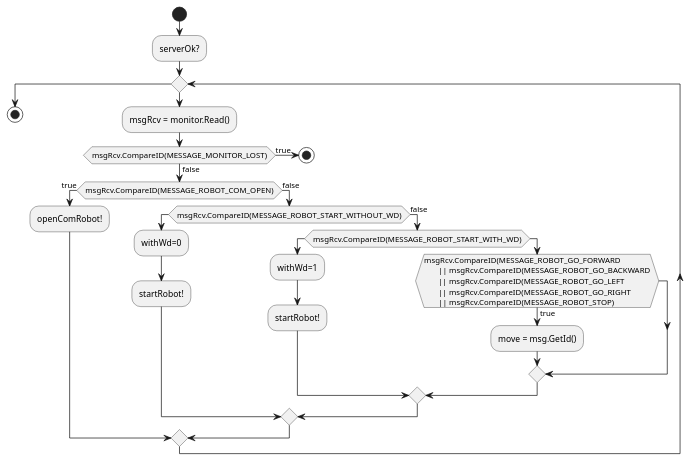
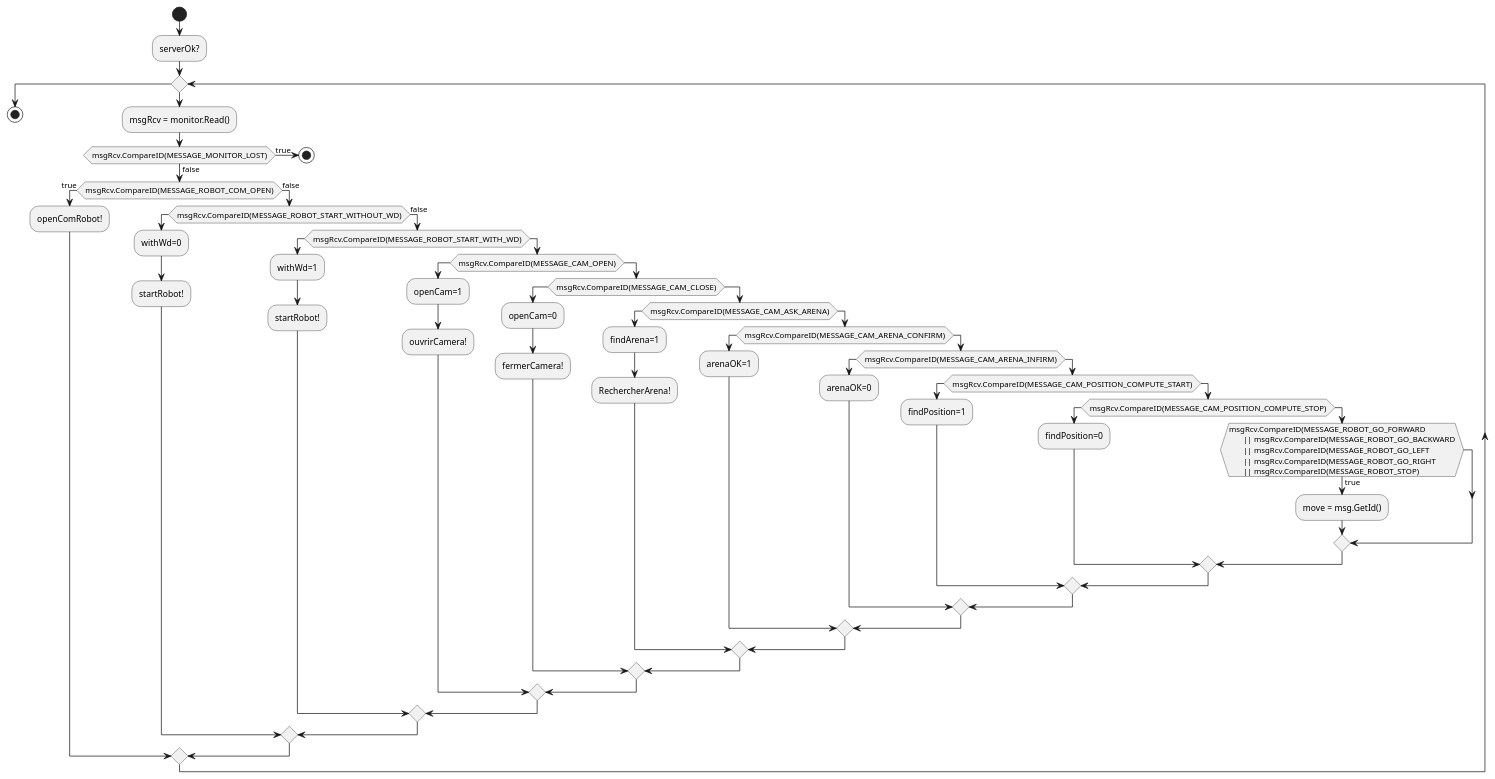
Before and after one commit to dotsumae/TP-temps-reel: the diagram in modele/diagrammes d'activite/3 : th_receiveFromMon.plantuml, drawn with PlantUML.

Commit message:
Update 3 : th_receiveFromMon.plantuml

```diff
--- a/modele/diagrammes d'activite/3 : th_receiveFromMon.plantuml
+++ b/modele/diagrammes d'activite/3 : th_receiveFromMon.plantuml
@@ -1,34 +1,66 @@
 @startuml
 skinparam monochrome true
 start
 :serverOk?;
 while()
   :msgRcv = monitor.Read();
   if (msgRcv.CompareID(MESSAGE_MONITOR_LOST)) then (true)
    stop
   else (false)
    if (msgRcv.CompareID(MESSAGE_ROBOT_COM_OPEN)) then (true)
     :openComRobot!;
    else (false)
     if (msgRcv.CompareID(MESSAGE_ROBOT_START_WITHOUT_WD))
      :withWd=0; 
      :startRobot!;
     else (false)
      if (msgRcv.CompareID(MESSAGE_ROBOT_START_WITH_WD))
       :withWd=1;
       :startRobot!;
      else
+      if (msgRcv.CompareID(MESSAGE_CAM_OPEN))
+      :openCam=1;
+      :ouvrirCamera!;
+      else 
+       if (msgRcv.CompareID(MESSAGE_CAM_CLOSE))
+        :openCam=0;
+        :fermerCamera!;
+       else 
+        if (msgRcv.CompareID(MESSAGE_CAM_ASK_ARENA))
+         :findArena=1;
+         :RechercherArena!;
+        else 
+         if (msgRcv.CompareID(MESSAGE_CAM_ARENA_CONFIRM))
+          :arenaOK=1;
+         else 
+          if (msgRcv.CompareID(MESSAGE_CAM_ARENA_INFIRM))
+           :arenaOK=0;
+          else
+           if (msgRcv.CompareID(MESSAGE_CAM_POSITION_COMPUTE_START))
+            :findPosition=1; 
+           else 
+            if (msgRcv.CompareID(MESSAGE_CAM_POSITION_COMPUTE_STOP))
+             :findPosition=0; 
+           else 
+
       if (msgRcv.CompareID(MESSAGE_ROBOT_GO_FORWARD
        || msgRcv.CompareID(MESSAGE_ROBOT_GO_BACKWARD
        || msgRcv.CompareID(MESSAGE_ROBOT_GO_LEFT
        || msgRcv.CompareID(MESSAGE_ROBOT_GO_RIGHT
        || msgRcv.CompareID(MESSAGE_ROBOT_STOP)) then (true)
        :move = msg.GetId();
+             endif
+            endif
+           endif
+          endif 
+         endif
+        endif
+       endif
       endif
      endif    
     endif
    endif
   endif
 endwhile
 stop
 @enduml
```
